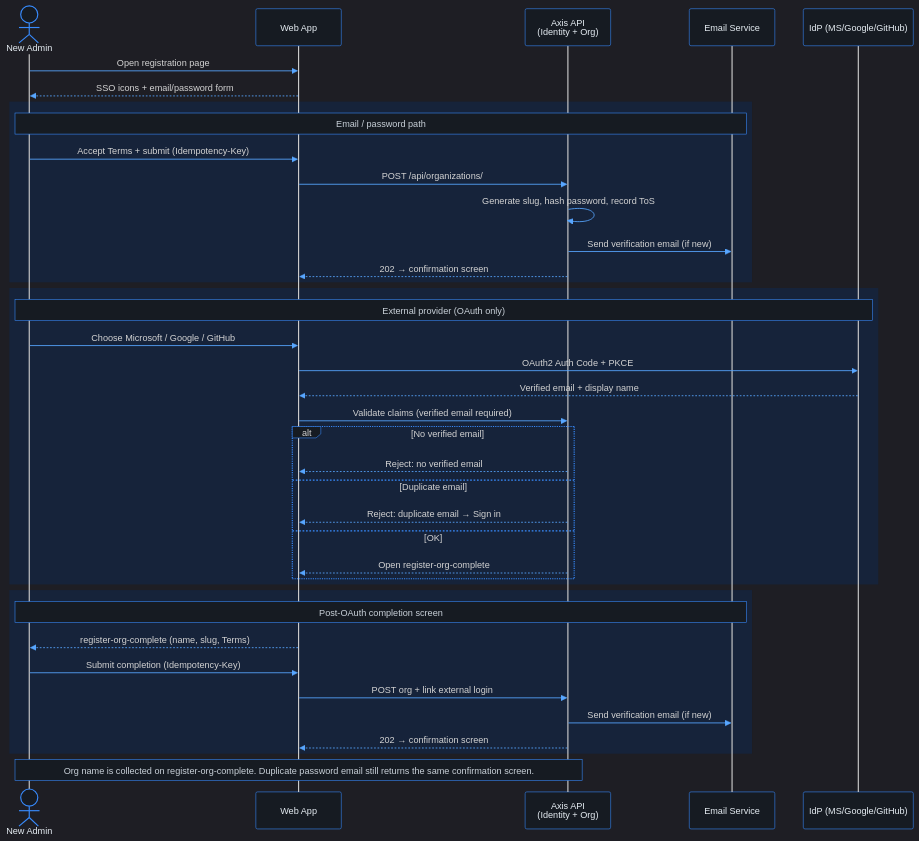
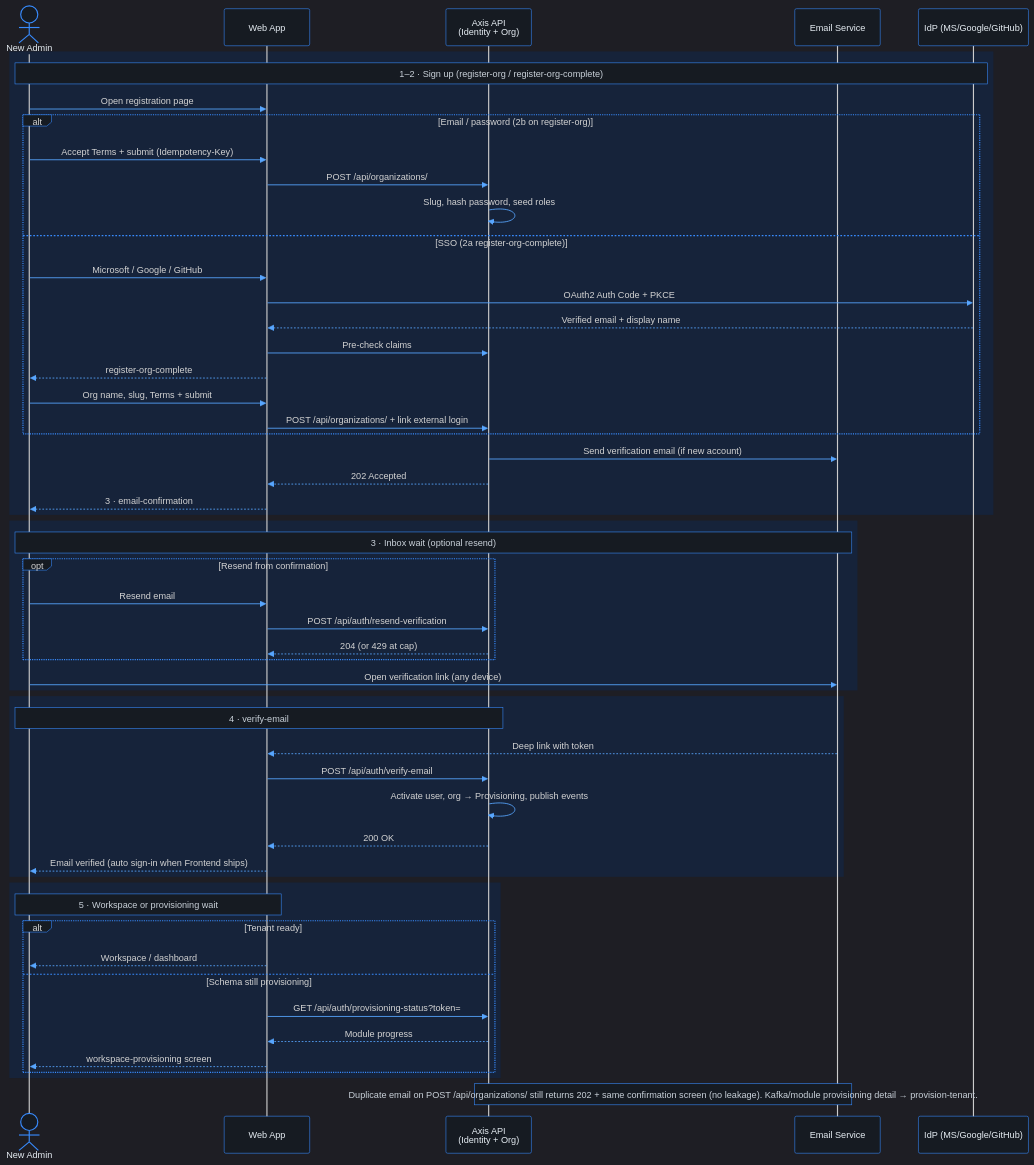
Before and after one commit to phuongnse/axis: the second of 3 diagrams in docs/use-cases/platform-foundation/register-org/README.md, drawn with Mermaid. The commit also changed other lines of this file and 2 other files, not shown here.

Commit message:
docs: consolidate register-org diagrams into journey + cases
Replace register-org-flow with register-org-journey E2E sequence; extend
cases with verify outcomes; document diagram standard in docs-style.

````diff
--- a/docs/use-cases/platform-foundation/register-org/README.md
+++ b/docs/use-cases/platform-foundation/register-org/README.md
@@ -184,48 +187,63 @@
 ```mermaid
 %%{init: {'theme':'dark','themeVariables':{'background':'#0d1117','mainBkg':'#0d1117','primaryColor':'#161b22','primaryBorderColor':'#388bfd','primaryTextColor':'#e6edf3','secondaryColor':'#21262d','secondaryBorderColor':'#388bfd','secondaryTextColor':'#e6edf3','tertiaryColor':'#161b22','tertiaryTextColor':'#e6edf3','lineColor':'#58a6ff','textColor':'#e6edf3','nodeBorder':'#388bfd','clusterBkg':'#161b22','clusterBorder':'#388bfd','titleColor':'#e6edf3','edgeLabelBackground':'#161b22','actorBkg':'#161b22','actorBorder':'#388bfd','actorTextColor':'#e6edf3','signalColor':'#58a6ff','labelBoxBkgColor':'#161b22','labelBoxBorderColor':'#388bfd','noteBkgColor':'#161b22','noteBorderColor':'#388bfd','noteTextColor':'#c9d1d9','activationBkgColor':'#30363d'}}}%%
 
 sequenceDiagram
   actor Admin as New Admin
   participant Web as Web App
   participant API as Axis API<br/>(Identity + Org)
   participant Email as Email Service
   participant IdP as IdP (MS/Google/GitHub)
 
-  Admin->>Web: Open registration page
-  Web-->>Admin: SSO icons + email/password form
-
   rect rgb(22, 35, 58)
-    Note over Admin,Email: Email / password path
-    Admin->>Web: Accept Terms + submit (Idempotency-Key)
-    Web->>API: POST /api/organizations/
-    API->>API: Generate slug, hash password, record ToS
-    API->>Email: Send verification email (if new)
-    API-->>Web: 202 → confirmation screen
+    Note over Admin,IdP: 1–2 · Sign up (register-org / register-org-complete)
+    Admin->>Web: Open registration page
+    alt Email / password (2b on register-org)
+      Admin->>Web: Accept Terms + submit (Idempotency-Key)
+      Web->>API: POST /api/organizations/
+      API->>API: Slug, hash password, seed roles
+    else SSO (2a register-org-complete)
+      Admin->>Web: Microsoft / Google / GitHub
+      Web->>IdP: OAuth2 Auth Code + PKCE
+      IdP-->>Web: Verified email + display name
+      Web->>API: Pre-check claims
+      Web-->>Admin: register-org-complete
+      Admin->>Web: Org name, slug, Terms + submit
+      Web->>API: POST /api/organizations/ + link external login
+    end
+    API->>Email: Send verification email (if new account)
+    API-->>Web: 202 Accepted
+    Web-->>Admin: 3 · email-confirmation
   end
 
   rect rgb(22, 35, 58)
-    Note over Admin,IdP: External provider (OAuth only)
-    Admin->>Web: Choose Microsoft / Google / GitHub
-    Web->>IdP: OAuth2 Auth Code + PKCE
-    IdP-->>Web: Verified email + display name
-    Web->>API: Validate claims (verified email required)
-    alt No verified email
-      API-->>Web: Reject: no verified email
-    else Duplicate email
-      API-->>Web: Reject: duplicate email → Sign in
-    else OK
-      API-->>Web: Open register-org-complete
+    Note over Admin,Email: 3 · Inbox wait (optional resend)
+    opt Resend from confirmation
+      Admin->>Web: Resend email
+      Web->>API: POST /api/auth/resend-verification
+      API-->>Web: 204 (or 429 at cap)
+    end
+    Admin->>Email: Open verification link (any device)
+  end
+
+  rect rgb(22, 35, 58)
+    Note over Admin,API: 4 · verify-email
+    Email-->>Web: Deep link with token
+    Web->>API: POST /api/auth/verify-email
+    API->>API: Activate user, org → Provisioning, publish events
+    API-->>Web: 200 OK
+    Web-->>Admin: Email verified (auto sign-in when Frontend ships)
+  end
+
+  rect rgb(22, 35, 58)
+    Note over Admin,Web: 5 · Workspace or provisioning wait
+    alt Tenant ready
+      Web-->>Admin: Workspace / dashboard
+    else Schema still provisioning
+      Web->>API: GET /api/auth/provisioning-status?token=
+      API-->>Web: Module progress
+      Web-->>Admin: workspace-provisioning screen
     end
   end
 
-  rect rgb(22, 35, 58)
-    Note over Admin,Email: Post-OAuth completion screen
-    Web-->>Admin: register-org-complete (name, slug, Terms)
-    Admin->>Web: Submit completion (Idempotency-Key)
-    Web->>API: POST org + link external login
-    API->>Email: Send verification email (if new)
-    API-->>Web: 202 → confirmation screen
-  end
-
-  Note over Admin,API: Org name is collected on register-org-complete. Duplicate password email still returns the same confirmation screen.
+  Note over API,Email: Duplicate email on POST /api/organizations/ still returns 202 + same confirmation screen (no leakage). Kafka/module provisioning detail → provision-tenant.
 ```
````
